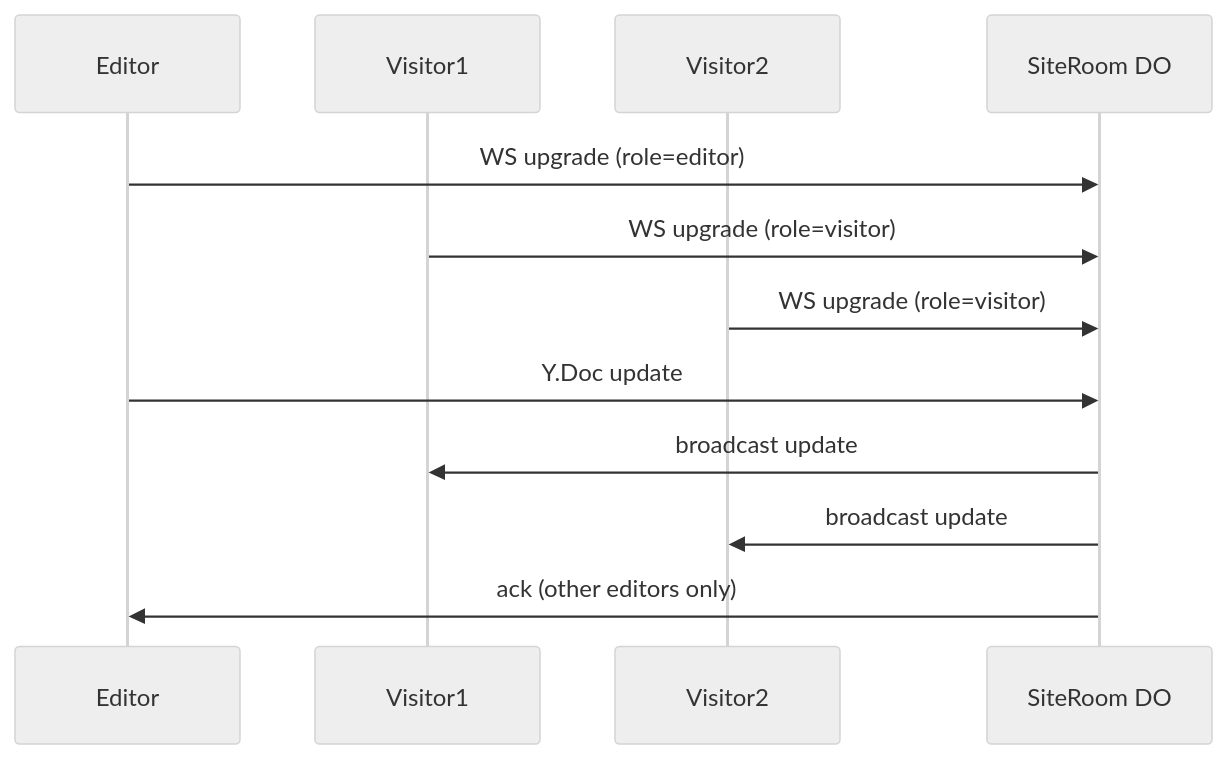
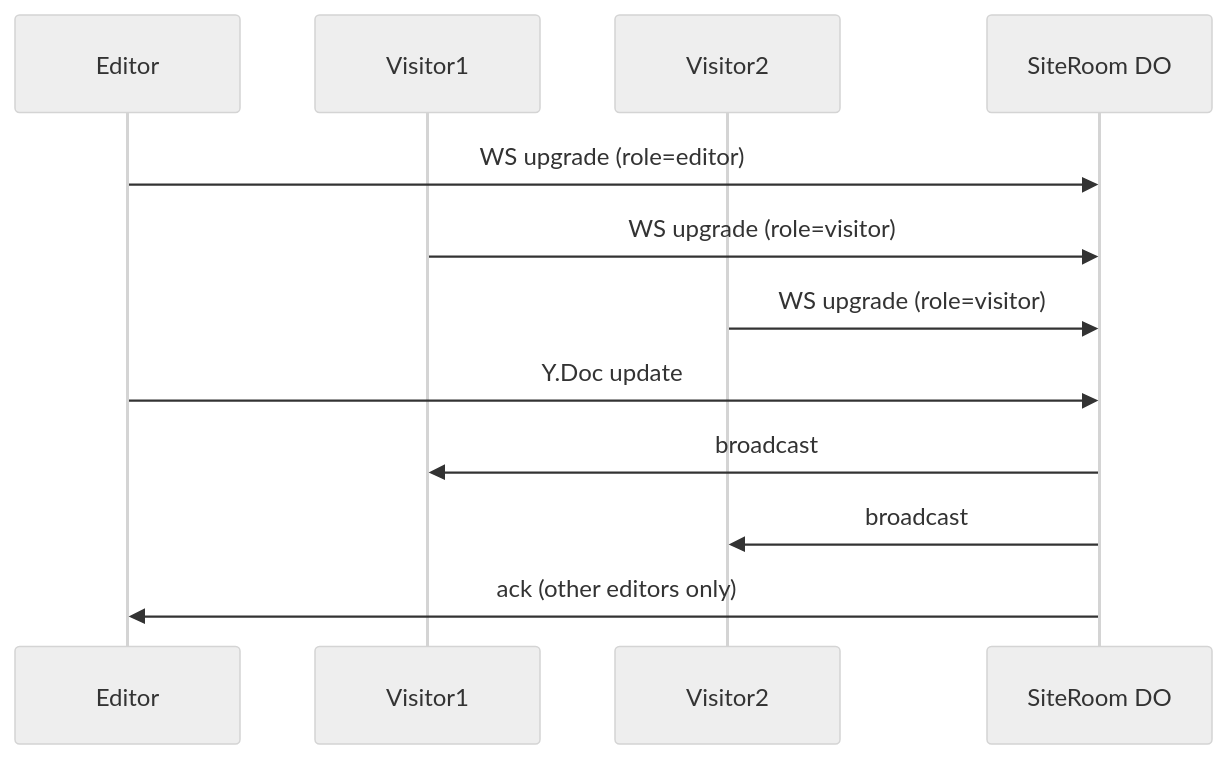
One commit to aayushman-singh/open-canvas changed the tenth of 35 diagrams in docs/demo/diagrams/live-draw-reference.md. Above: the diagram before and after it, drawn with Mermaid (neutral theme). The commit also changed other lines of this file and 1 other file, not shown here.

````diff
--- a/docs/demo/diagrams/live-draw-reference.md
+++ b/docs/demo/diagrams/live-draw-reference.md
@@ -335,14 +338,14 @@
 ```mermaid
 sequenceDiagram
   participant Editor
   participant Visitor1
   participant Visitor2
   participant SR as SiteRoom DO
   Editor->>SR: WS upgrade (role=editor)
   Visitor1->>SR: WS upgrade (role=visitor)
   Visitor2->>SR: WS upgrade (role=visitor)
   Editor->>SR: Y.Doc update
-  SR->>Visitor1: broadcast update
-  SR->>Visitor2: broadcast update
+  SR->>Visitor1: broadcast
+  SR->>Visitor2: broadcast
   SR->>Editor: ack (other editors only)
 ```
````
